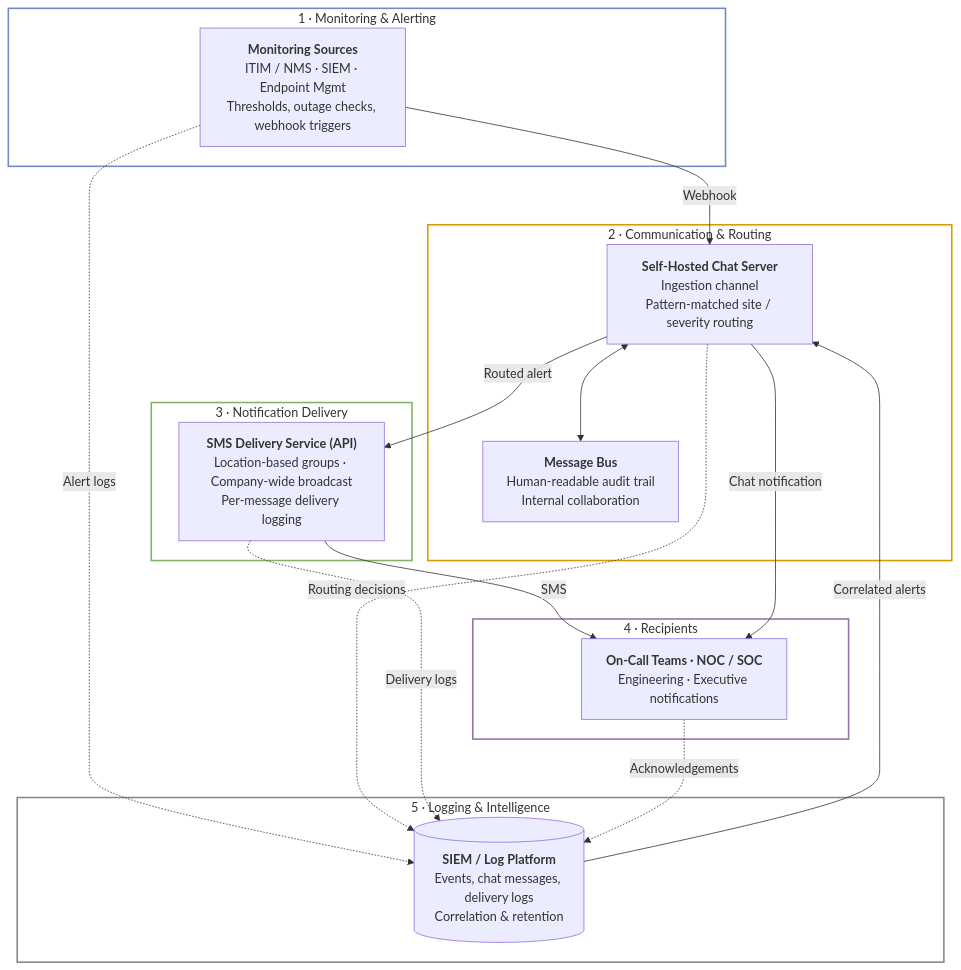
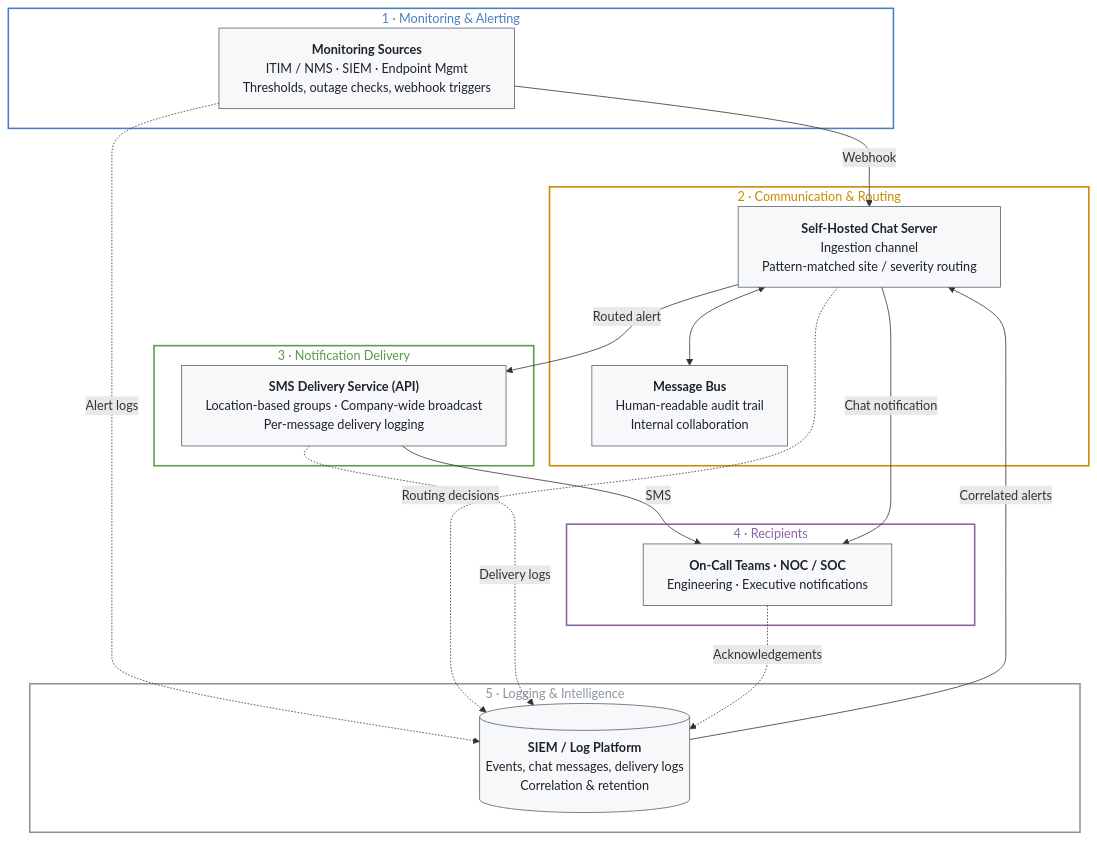
Before and after one commit to Moondark87/unified-alerting-architecture: the diagram in diagrams/alerting-architecture.mmd, drawn with Mermaid. The commit also changed 1 other file, not shown here.

Commit message:
Use explicit diagram colors and wider label wrapping
GitHub dark mode rendered layer titles unreadable; set title, node and border colors directly and widen text wrapping.

```diff
--- a/diagrams/alerting-architecture.mmd
+++ b/diagrams/alerting-architecture.mmd
@@ -1,47 +1,50 @@
+%%{init: {"flowchart": {"wrappingWidth": 420, "htmlLabels": true}}}%%
 flowchart TB
     %% Layer 1: Monitoring
     subgraph L1 ["1 · Monitoring & Alerting"]
         A["<b>Monitoring Sources</b><br/>ITIM / NMS · SIEM · Endpoint Mgmt<br/>Thresholds, outage checks, webhook triggers"]
     end
 
     %% Layer 2: Communication & Routing
     subgraph L2 ["2 · Communication & Routing"]
         B1["<b>Self-Hosted Chat Server</b><br/>Ingestion channel<br/>Pattern-matched site / severity routing"]
         B2["<b>Message Bus</b><br/>Human-readable audit trail<br/>Internal collaboration"]
         B1 <--> B2
     end
 
     %% Layer 3: Delivery
     subgraph L3 ["3 · Notification Delivery"]
         C["<b>SMS Delivery Service (API)</b><br/>Location-based groups · Company-wide broadcast<br/>Per-message delivery logging"]
     end
 
     %% Layer 4: Recipients
     subgraph L4 ["4 · Recipients"]
         D["<b>On-Call Teams · NOC / SOC</b><br/>Engineering · Executive notifications"]
     end
 
     %% Layer 5: Logging
     subgraph L5 ["5 · Logging & Intelligence"]
         E[("<b>SIEM / Log Platform</b><br/>Events, chat messages, delivery logs<br/>Correlation & retention")]
     end
 
     %% Main flow
     A -- Webhook --> B1
     B1 -- Routed alert --> C
     C -- SMS --> D
     B1 -- Chat notification --> D
 
     %% Logging
     A -. Alert logs .-> E
     B1 -. Routing decisions .-> E
     C -. Delivery logs .-> E
     D -. Acknowledgements .-> E
     E -- Correlated alerts --> B1
 
-    %% Styling: outline-only so titles stay readable in light and dark themes
-    style L1 fill:none,stroke:#6c8ebf,stroke-width:2px
-    style L2 fill:none,stroke:#d79b00,stroke-width:2px
-    style L3 fill:none,stroke:#82b366,stroke-width:2px
-    style L4 fill:none,stroke:#9673a6,stroke-width:2px
-    style L5 fill:none,stroke:#888888,stroke-width:2px
+    %% Styling: explicit colors so the diagram reads the same in light and dark themes
+    classDef box fill:#f6f8fa,stroke:#57606a,color:#1f2328
+    class A,B1,B2,C,D,E box
+    style L1 fill:none,stroke:#4a7fc1,stroke-width:2px,color:#4a7fc1
+    style L2 fill:none,stroke:#c98a00,stroke-width:2px,color:#c98a00
+    style L3 fill:none,stroke:#5a9a4a,stroke-width:2px,color:#5a9a4a
+    style L4 fill:none,stroke:#8a63a8,stroke-width:2px,color:#8a63a8
+    style L5 fill:none,stroke:#8c959f,stroke-width:2px,color:#8c959f
```
